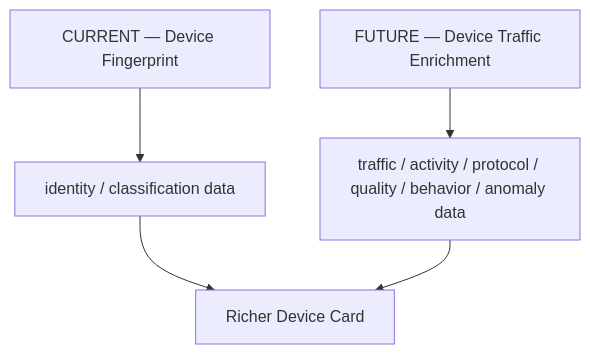
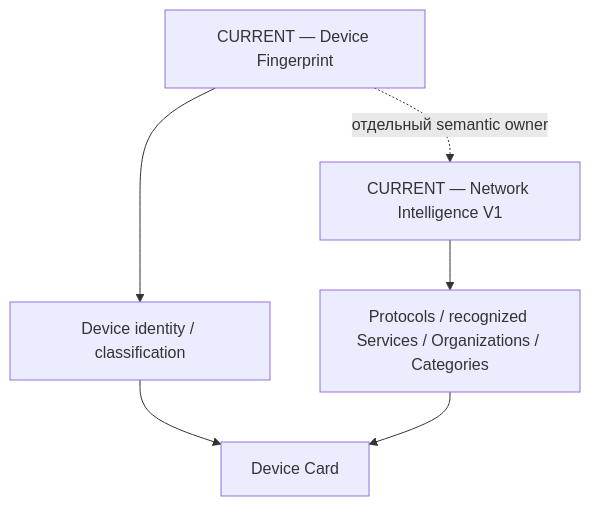
Diagram 27 of 44 in README_RU.md (ZaurNavi/CaptivePortal), drawn with Mermaid before and after one commit. The commit also changed other lines of this file and 16 other files, not shown here.

Commit message:
docs: close Network Intelligence V1 knowledge base

````diff
--- a/README_RU.md
+++ b/README_RU.md
@@ -723,7 +988,8 @@
 ```mermaid
 flowchart TD
-    DF["CURRENT — Device Fingerprint"] --> ID["identity / classification data"]
-    TE["FUTURE — Device Traffic Enrichment"] --> TI["traffic / activity / protocol / quality / behavior / anomaly data"]
-    ID --> CARD[Richer Device Card]
-    TI --> CARD
+    DF["CURRENT — Device Fingerprint"] --> ID["Device identity / classification"]
+    NI["CURRENT — Network Intelligence V1"] --> INTEL["Protocols / recognized Services / Organizations / Categories"]
+    ID --> CARD[Device Card]
+    INTEL --> CARD
+    DF -. отдельный semantic owner .-> NI
 ```
````
